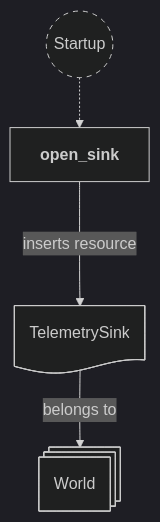
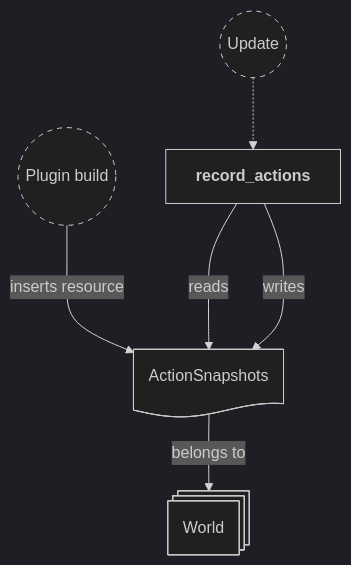
Before and after one commit to neurosoup/tyled: the fourth of 9 diagrams in backlog/docs/doc-21 - 019-Telemetry-plugin.md, drawn with Mermaid. The commit also changed other lines of this file, not shown here.

Commit message:
Docs: update doc-21 telemetry plugin and simplify text

````diff
--- a/backlog/docs/doc-21 - 019-Telemetry-plugin.md
+++ b/backlog/docs/doc-21 - 019-Telemetry-plugin.md
@@ -93,20 +170,24 @@
 ```mermaid
 ---
 config:
   theme: dark
 ---
 
 flowchart TD
 classDef system-group stroke-dasharray: 5 5
 
-startup(("`Startup`")):::system-group
-open_sink["`**open_sink**`"]
+build(("`Plugin build`")):::system-group
+update(("`Update`")):::system-group
+record_actions["`**record_actions**`"]
 
-startup -.-> open_sink
+update -.-> record_actions
 
 world@{ shape: st-rect, label: "World" }
-sink_res@{ shape: doc, label: "TelemetrySink" }
-sink_res --> |belongs to| world
+snapshots_res@{ shape: doc, label: "ActionSnapshots" }
 
-open_sink ---> |inserts resource| sink_res
+snapshots_res --> |belongs to| world
+
+build ---> |inserts resource| snapshots_res
+record_actions ---> |reads| snapshots_res
+record_actions ---> |writes| snapshots_res
 ```
````
